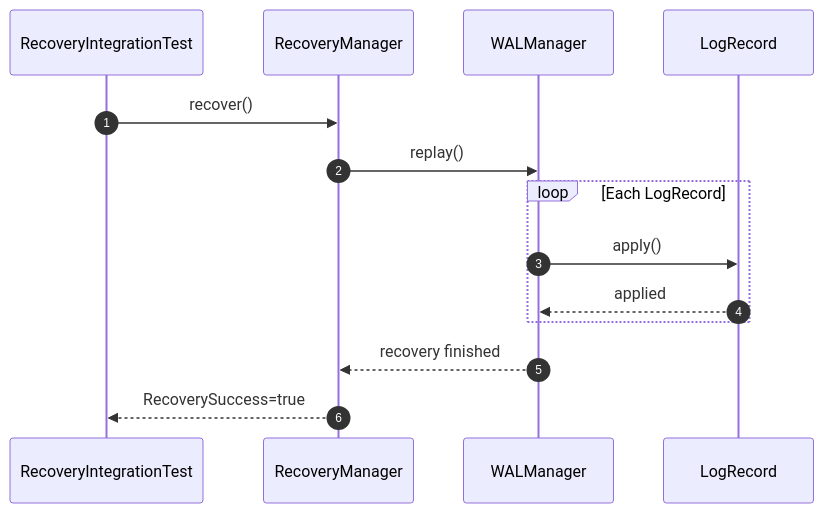
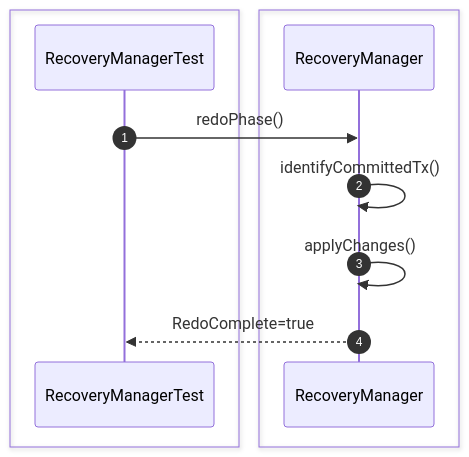
Before and after one commit to Huy1801214/dbms-architecture: diagram 16 of 28 in src/sequence/recovery.md, drawn with Mermaid. The commit also changed other lines of this file and 10 other files, not shown here.

Commit message:
add comprehensive sequence diagrams and documentation for system architecture and unit testing specifications

````diff
--- a/src/sequence/recovery.md
+++ b/src/sequence/recovery.md
@@ -212,21 +276,16 @@
 ```mermaid
 sequenceDiagram
     autonumber
-    participant Test as RecoveryIntegrationTest
+
+    box #e1f5fe Test Suite
+    participant Test as RecoveryManagerTest
+    end
+    box #ffebee Recovery Components
     participant Recovery as RecoveryManager
-    participant WAL as WALManager
-    participant Log as LogRecord
-
-    Test->>Recovery: recover()
-
-    Recovery->>WAL: replay()
-
-    loop Each LogRecord
-        WAL->>Log: apply()
-        Log-->>WAL: applied
     end
 
-    WAL-->>Recovery: recovery finished
-
-    Recovery-->>Test: RecoverySuccess=true
+    Test->>Recovery: redoPhase()
+    Recovery->>Recovery: identifyCommittedTx()
+    Recovery->>Recovery: applyChanges()
+    Recovery-->>Test: RedoComplete=true
 ```
````
